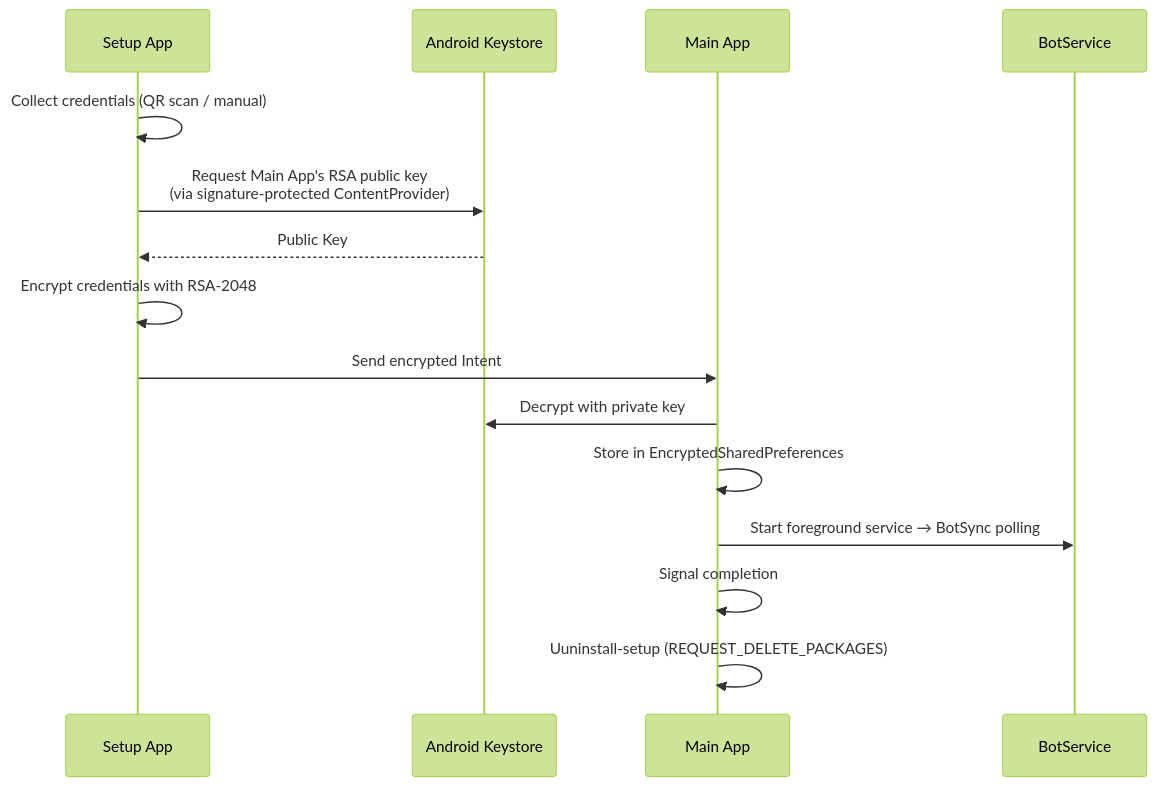
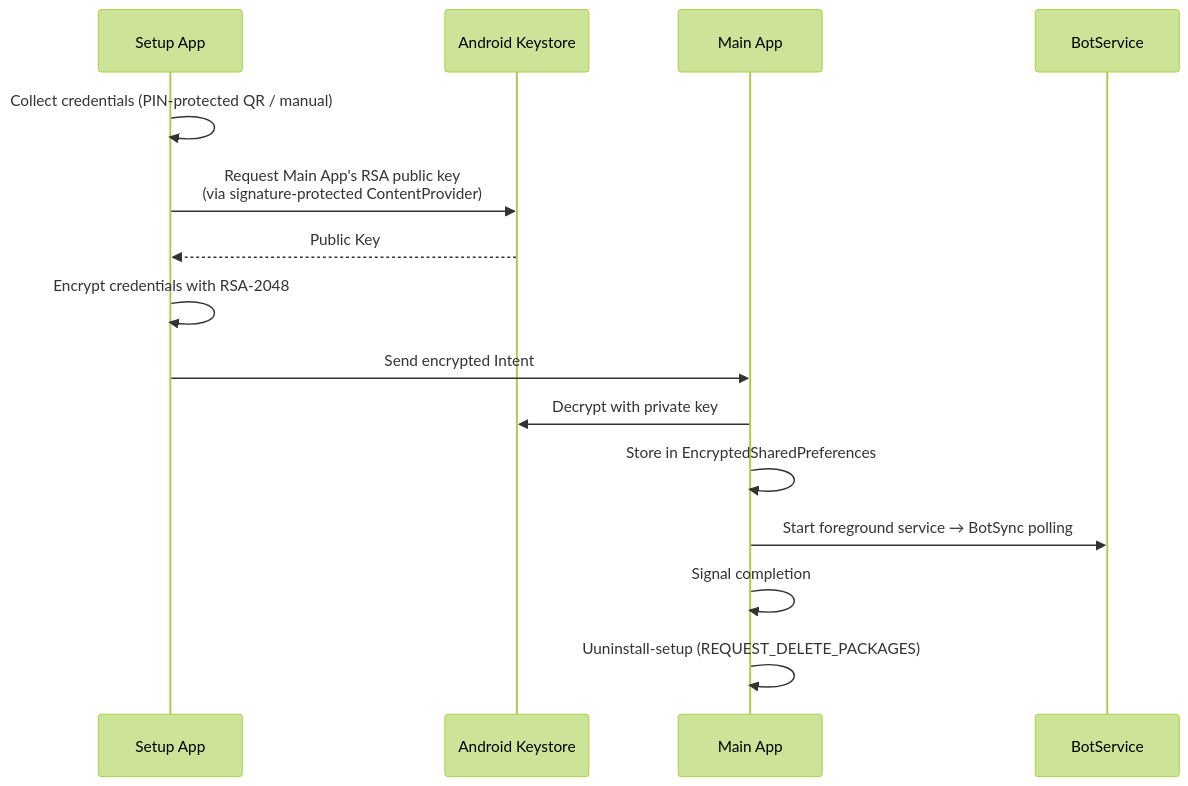
The fourth of 5 diagrams in docs/Architecture.md (sandeshsahu/superiorchat), drawn with Mermaid (forest theme) before and after one commit. The commit also changed other lines of this file and 7 other files, not shown here.

````diff
--- a/docs/Architecture.md
+++ b/docs/Architecture.md
@@ -309,18 +317,18 @@
 ```mermaid
 sequenceDiagram
     participant Setup as Setup App
     participant KS as Android Keystore
     participant Main as Main App
     participant Bot as BotService
 
-    Setup->>Setup: Collect credentials (QR scan / manual)
+    Setup->>Setup: Collect credentials (PIN-protected QR / manual)
     Setup->>KS: Request Main App's RSA public key<br/>(via signature-protected ContentProvider)
     KS-->>Setup: Public Key
     Setup->>Setup: Encrypt credentials with RSA-2048
     Setup->>Main: Send encrypted Intent
     Main->>KS: Decrypt with private key
     Main->>Main: Store in EncryptedSharedPreferences
     Main->>Bot: Start foreground service → BotSync polling
     Main->>Main: Signal completion
     Main->>Main: Uuninstall-setup (REQUEST_DELETE_PACKAGES)
 ```
````
